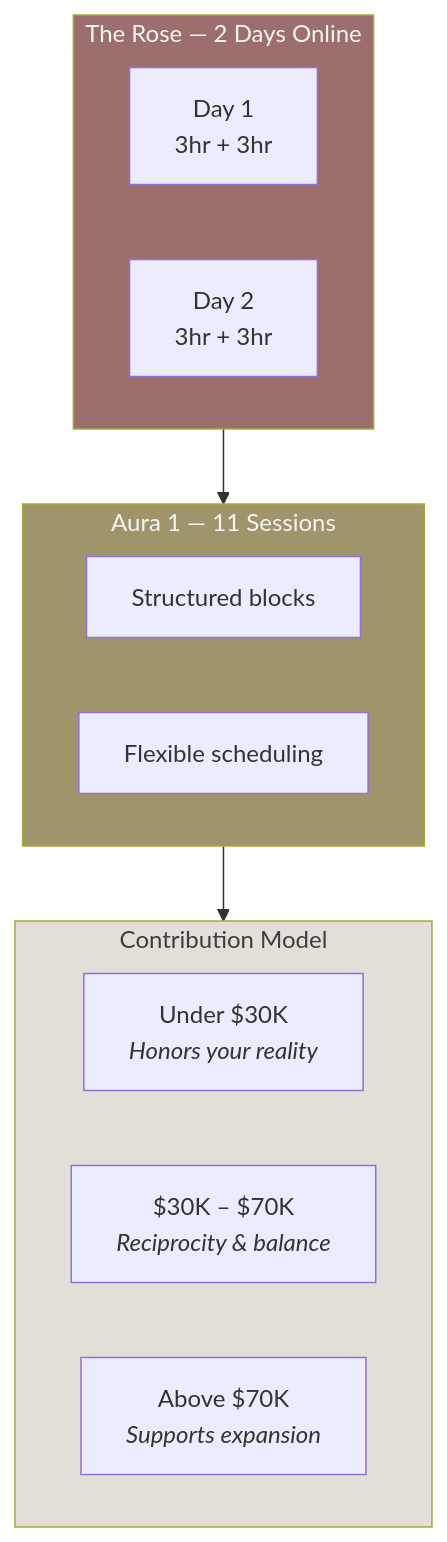
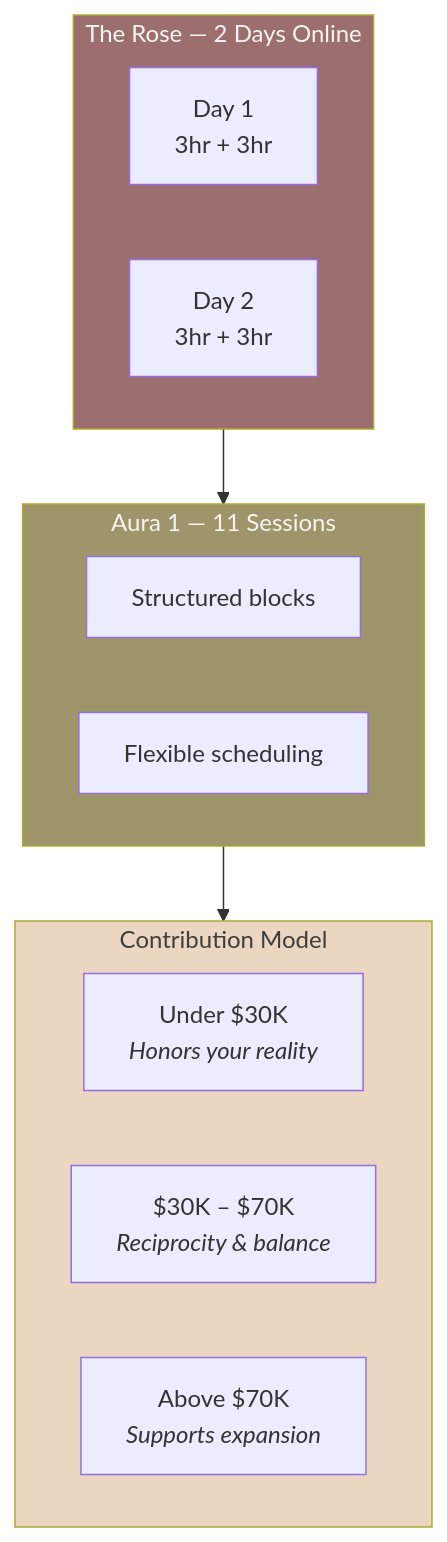
Before and after one commit to Light-Brands/roses-os: diagram 21 of 28 in docs/brand/brand-dna.md, drawn with Mermaid. The commit also changed other lines of this file and 2 other files, not shown here.

````diff
--- a/docs/brand/brand-dna.md
+++ b/docs/brand/brand-dna.md
@@ -1164,25 +1164,25 @@
 ```mermaid
 graph TD
     subgraph ROSE_COURSE["The Rose — 2 Days Online"]
         D1["Day 1<br/>3hr + 3hr"]
         D2["Day 2<br/>3hr + 3hr"]
     end
 
     subgraph AURA_COURSE["Aura 1 — 11 Sessions"]
         S1["Structured blocks"]
         S2["Flexible scheduling"]
     end
 
     subgraph CONTRIBUTION["Contribution Model"]
         T1["Under $30K<br/><i>Honors your reality</i>"]
         T2["$30K – $70K<br/><i>Reciprocity & balance</i>"]
         T3["Above $70K<br/><i>Supports expansion</i>"]
     end
 
     ROSE_COURSE --> AURA_COURSE
     AURA_COURSE --> CONTRIBUTION
 
     style ROSE_COURSE fill:#9C6F6E,color:#F7F5F2
     style AURA_COURSE fill:#9E956B,color:#F7F5F2
-    style CONTRIBUTION fill:#E4DED8,color:#3F3E3C
+    style CONTRIBUTION fill:#EBD6C1,color:#3F3E3C
 ```
````
